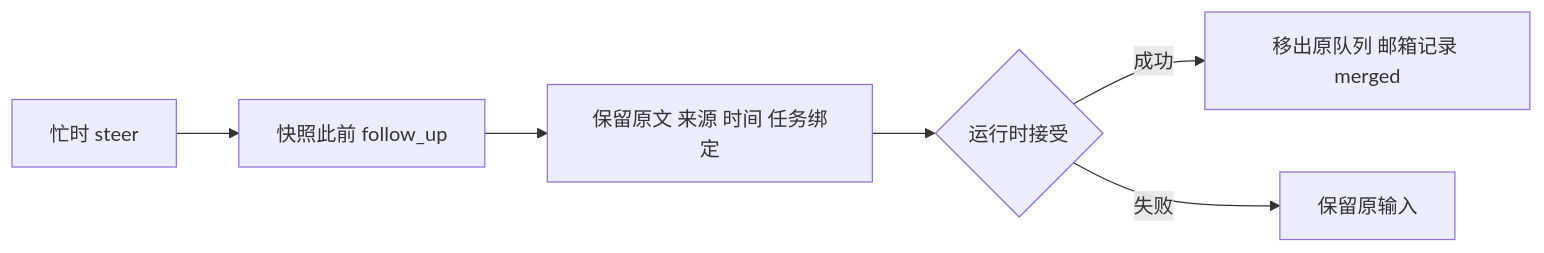
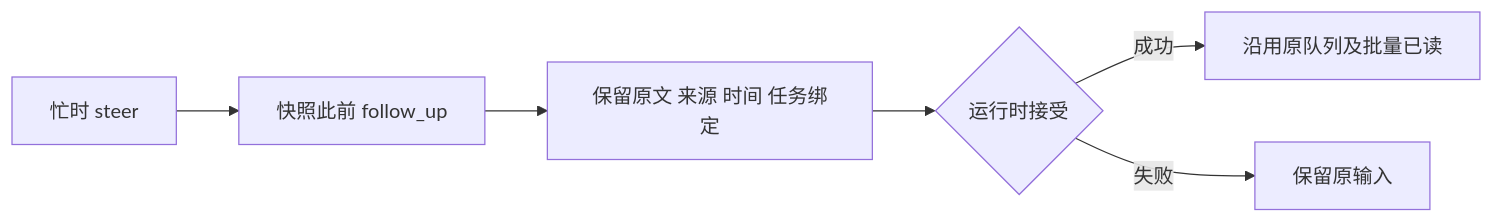
One commit to openJiuwen-ai/agent-core changed the diagram in .agents/agent-docs/features/F_20261116_1653_steer-follow-up-context.md. Above: the diagram before and after it, drawn with Mermaid. The commit also changed other lines of this file and 22 other files, not shown here.

````diff
--- a/.agents/agent-docs/features/F_20261116_1653_steer-follow-up-context.md
+++ b/.agents/agent-docs/features/F_20261116_1653_steer-follow-up-context.md
@@ -40,8 +41,8 @@
 ```mermaid
 flowchart LR
  A[忙时 steer] --> B[快照此前 follow_up]
  B --> C[保留原文 来源 时间 任务绑定]
  C --> D{运行时接受}
- D -->|成功| E[移出原队列 邮箱记录 merged]
+ D -->|成功| E[沿用原队列及批量已读]
  D -->|失败| F[保留原输入]
 ```
````
